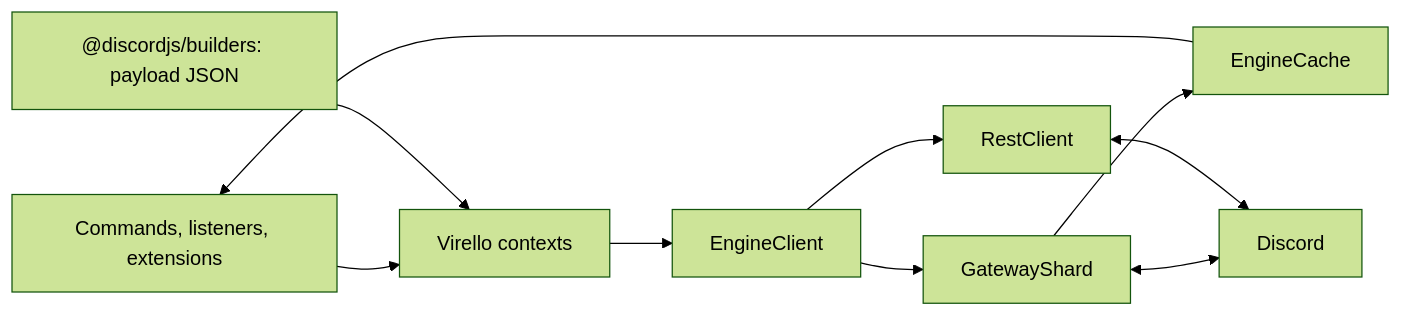
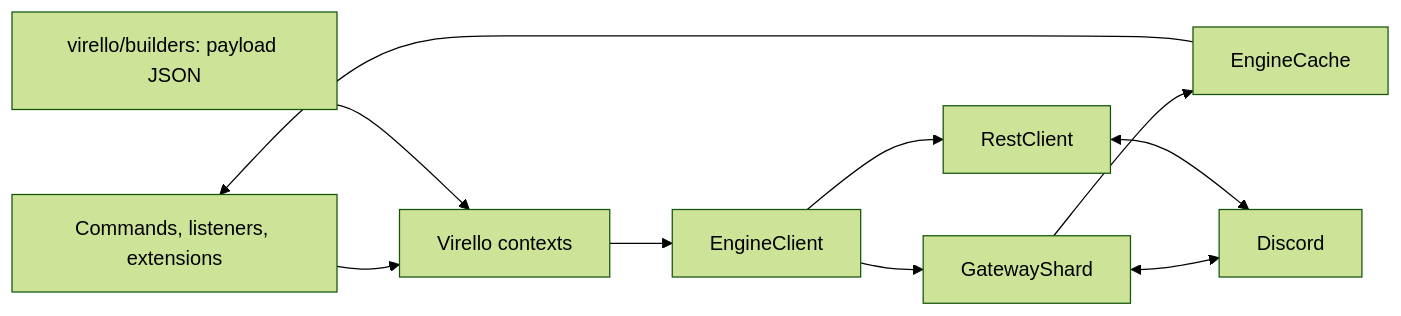
The diagram in docs/engine.md (lilsnibbi/Virello), drawn with Mermaid (forest theme) before and after one commit. The commit also changed other lines of this file and 130 other files, not shown here.

````diff
--- a/docs/engine.md
+++ b/docs/engine.md
@@ -5,12 +5,12 @@
 ```mermaid
 flowchart LR
     A["Commands, listeners, extensions"] --> B["Virello contexts"]
     B --> C["EngineClient"]
-    D["@discordjs/builders: payload JSON"] --> B
+    D["virello/builders: payload JSON"] --> B
     C --> G["GatewayShard"]
     C --> R["RestClient"]
     G --> K["EngineCache"]
     K --> A
     G <--> X["Discord"]
     R <--> X
 ```
````
